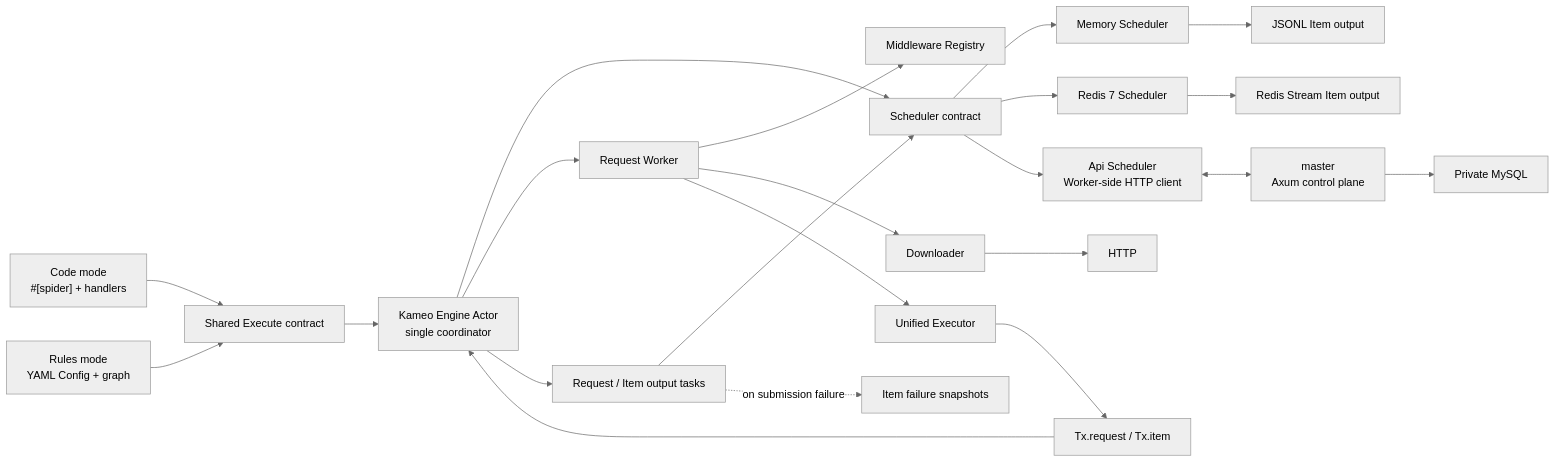
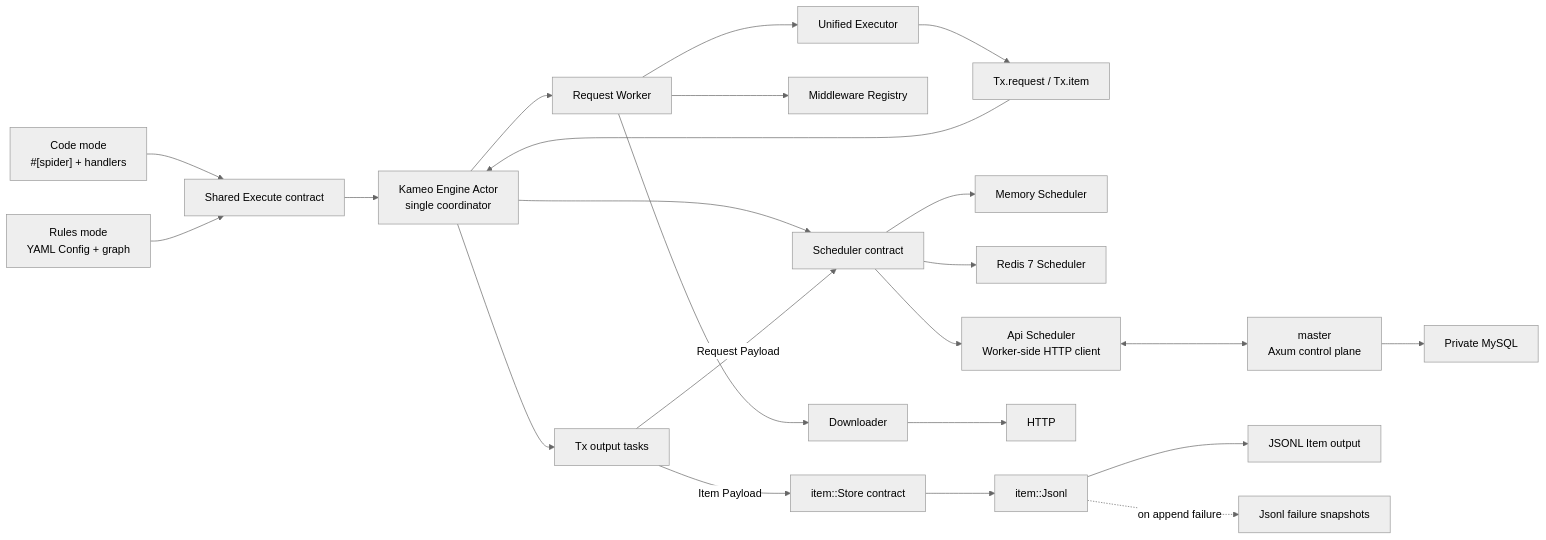
One commit to halo-space/crawler changed the first of 5 diagrams in docs/architecture.md. Above: the diagram before and after it, drawn with Mermaid (neutral theme). The commit also changed other lines of this file and 63 other files, not shown here.

Commit message:
refactor: separate item store from scheduler

````diff
--- a/docs/architecture.md
+++ b/docs/architecture.md
@@ -57,45 +58,47 @@
 ```mermaid
 flowchart LR
     C["Code mode<br/>#[spider] + handlers"]
     R["Rules mode<br/>YAML Config + graph"]
     X["Shared Execute contract"]
     T["Tx.request / Tx.item"]
     A["Kameo Engine Actor<br/>single coordinator"]
     S["Scheduler contract"]
     M["Memory Scheduler"]
     Z["Redis 7 Scheduler"]
     AP["Api Scheduler<br/>Worker-side HTTP client"]
     CP["master<br/>Axum control plane"]
     DB["Private MySQL"]
     W["Request Worker"]
     MW["Middleware Registry"]
     D["Downloader"]
     H["HTTP"]
     E["Unified Executor"]
-    O["Request / Item output tasks"]
+    O["Tx output tasks"]
+    IS["item::Store contract"]
+    J["item::Jsonl"]
     P["JSONL Item output"]
-    I["Redis Stream Item output"]
-    F["Item failure snapshots"]
+    F["Jsonl failure snapshots"]
 
     C --> X
     R --> X
     X --> A
     A --> S
     S --> M
     S --> Z
     S --> AP
     AP <--> CP
     CP --> DB
     A --> W
     W --> MW
     W --> D
     D --> H
     W --> E
     E --> T
     T --> A
     A --> O
-    O --> S
-    M --> P
-    Z --> I
-    O -. on submission failure .-> F
+    O -->|Request Payload| S
+    O -->|Item Payload| IS
+    IS --> J
+    J --> P
+    J -. on append failure .-> F
 ```
````
